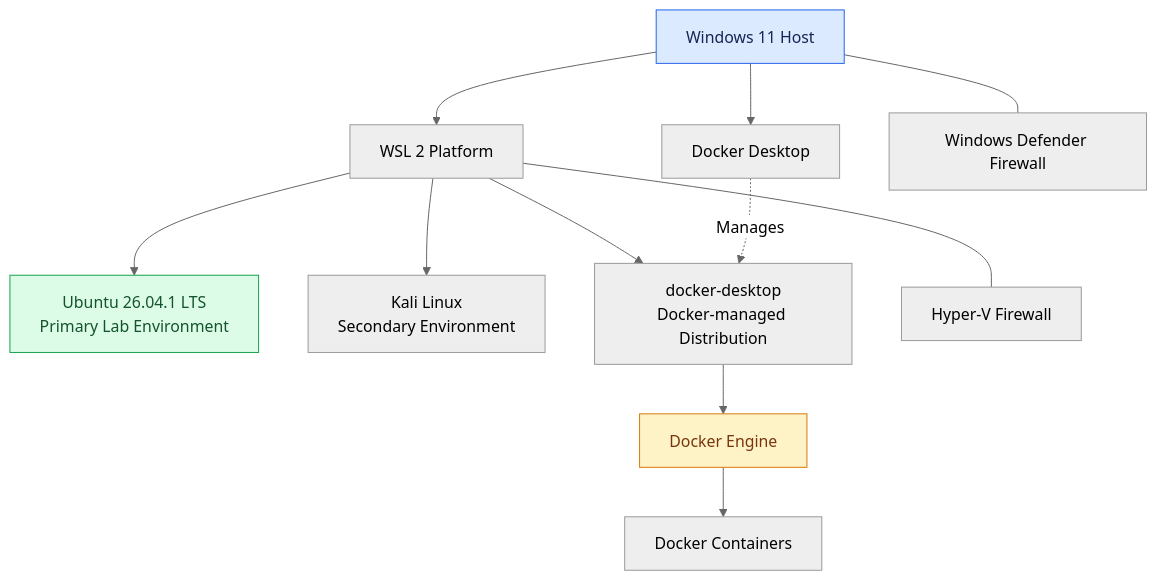
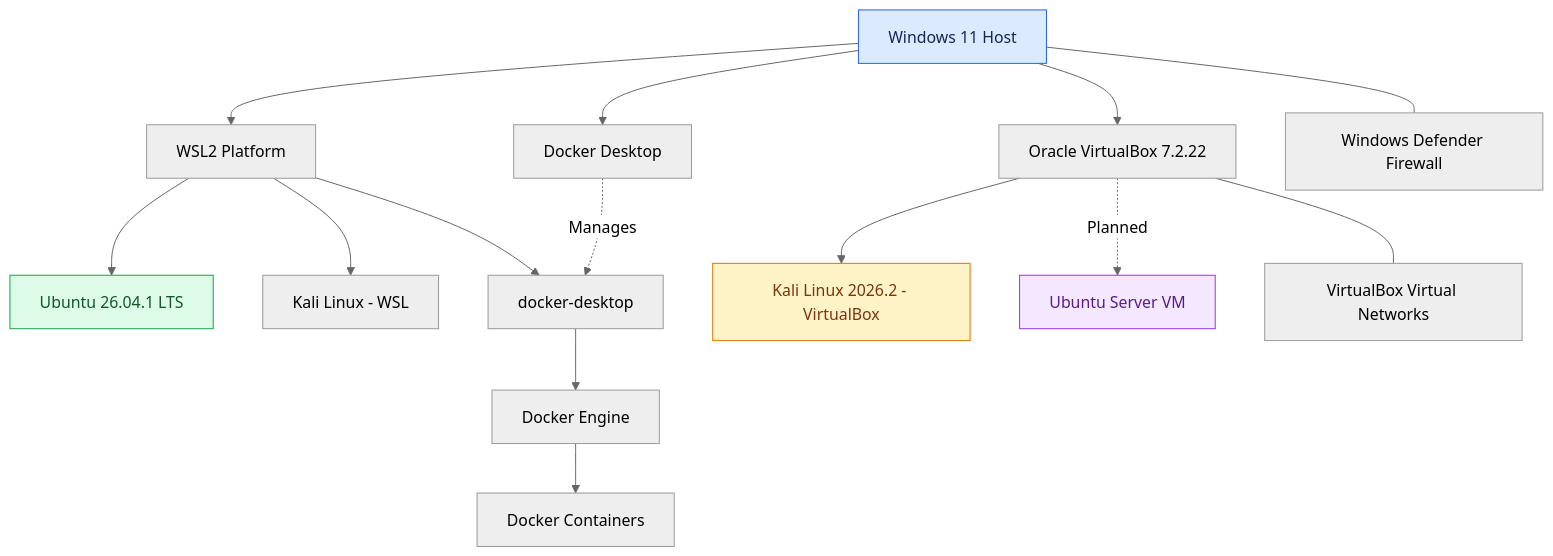
One commit to alokitadutta22/homelab-cyber changed the first of 4 diagrams in README.md. Above: the diagram before and after it, drawn with Mermaid (neutral theme). The commit also changed other lines of this file, not shown here.

````diff
--- a/README.md
+++ b/README.md
@@ -68,22 +80,27 @@
 ```mermaid
 flowchart TB
     HOST["Windows 11 Host"]
 
-    HOST --> WSL["WSL 2 Platform"]
+    HOST --> WSL["WSL2 Platform"]
+    HOST --> VBOX["Oracle VirtualBox 7.2.22"]
     HOST --> DD["Docker Desktop"]
 
-    WSL --> UB["Ubuntu 26.04.1 LTS<br/>Primary Lab Environment"]
-    WSL --> KALI["Kali Linux<br/>Secondary Environment"]
-    WSL --> DWSL["docker-desktop<br/>Docker-managed Distribution"]
+    WSL --> UB["Ubuntu 26.04.1 LTS"]
+    WSL --> WK["Kali Linux - WSL"]
+    WSL --> DWSL["docker-desktop"]
 
     DD -. "Manages" .-> DWSL
     DWSL --> ENGINE["Docker Engine"]
     ENGINE --> CONTAINERS["Docker Containers"]
 
+    VBOX --> VK["Kali Linux 2026.2 - VirtualBox"]
+    VBOX -. "Planned" .-> TARGET["Ubuntu Server VM"]
+
     HOST --- WF["Windows Defender Firewall"]
-    WSL --- HF["Hyper-V Firewall"]
+    VBOX --- VF["VirtualBox Virtual Networks"]
 
     style HOST fill:#dbeafe,stroke:#2563eb,color:#172554
     style UB fill:#dcfce7,stroke:#16a34a,color:#14532d
-    style ENGINE fill:#fef3c7,stroke:#d97706,color:#78350f
+    style VK fill:#fef3c7,stroke:#d97706,color:#78350f
+    style TARGET fill:#f3e8ff,stroke:#9333ea,color:#581c87
 ```
````
